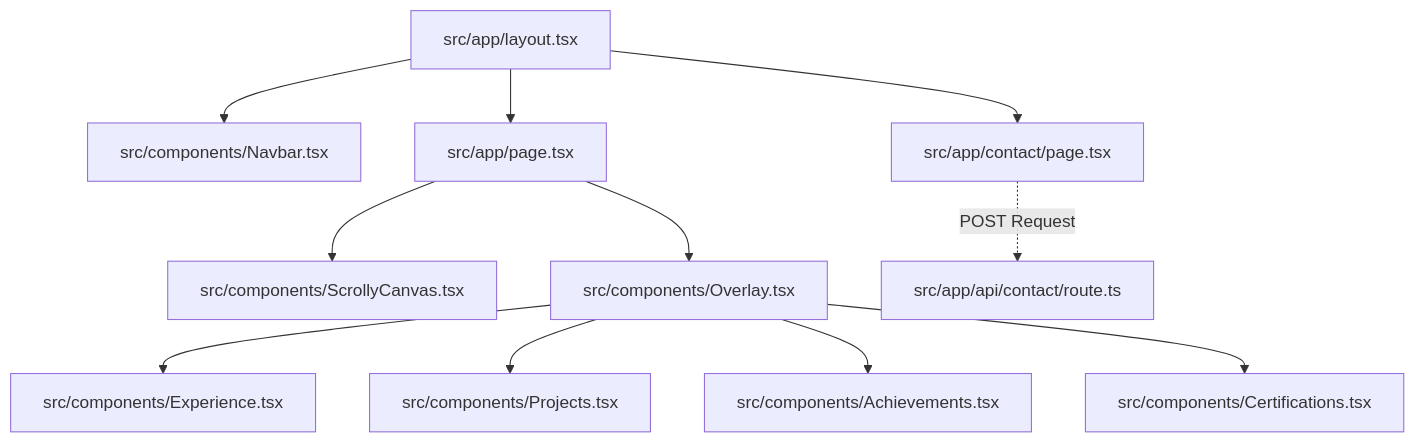
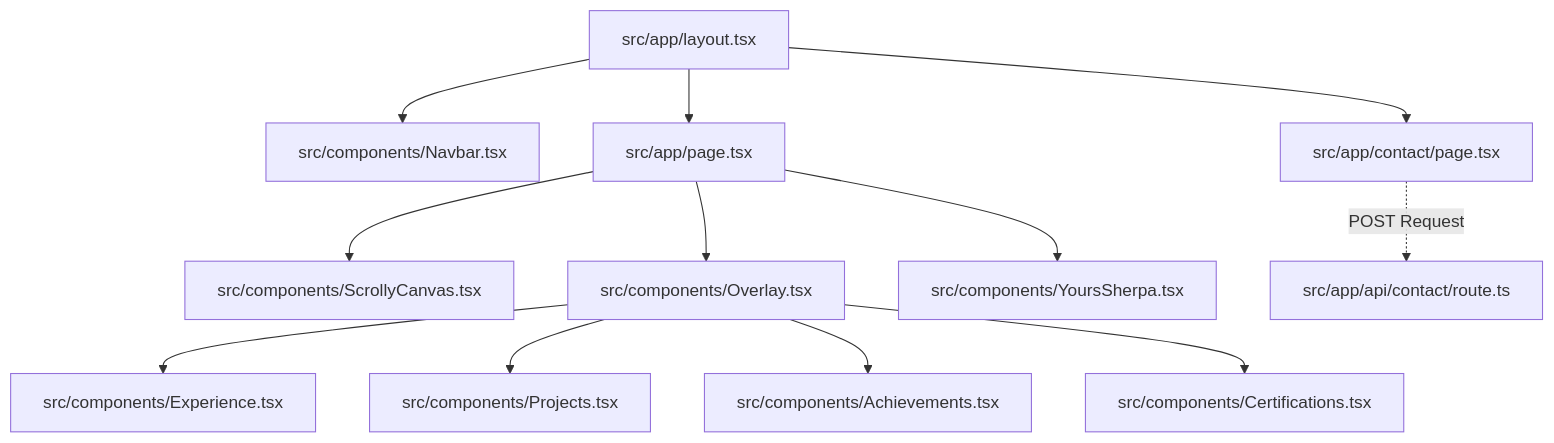
Before and after one commit to amazingashis/portfolio: the diagram in ARCHITECTURE.md, drawn with Mermaid. The commit also changed other lines of this file and 5 other files, not shown here.

First line of the commit message:
feat: add YoursSherpa to the portfolio

````diff
--- a/ARCHITECTURE.md
+++ b/ARCHITECTURE.md
@@ -42,16 +43,17 @@
 ```mermaid
 graph TD
     RootLayout[src/app/layout.tsx] --> Navbar[src/components/Navbar.tsx]
     RootLayout --> Home[src/app/page.tsx]
     RootLayout --> Contact[src/app/contact/page.tsx]
     
     Home --> ScrollyCanvas[src/components/ScrollyCanvas.tsx]
     Home --> Overlay[src/components/Overlay.tsx]
+    Home --> YoursSherpa[src/components/YoursSherpa.tsx]
     
     Overlay --> Experience[src/components/Experience.tsx]
     Overlay --> Projects[src/components/Projects.tsx]
     Overlay --> Achievements[src/components/Achievements.tsx]
     Overlay --> Certifications[src/components/Certifications.tsx]
 
     Contact -.->|POST Request| ContactAPI[src/app/api/contact/route.ts]
 ```
````
